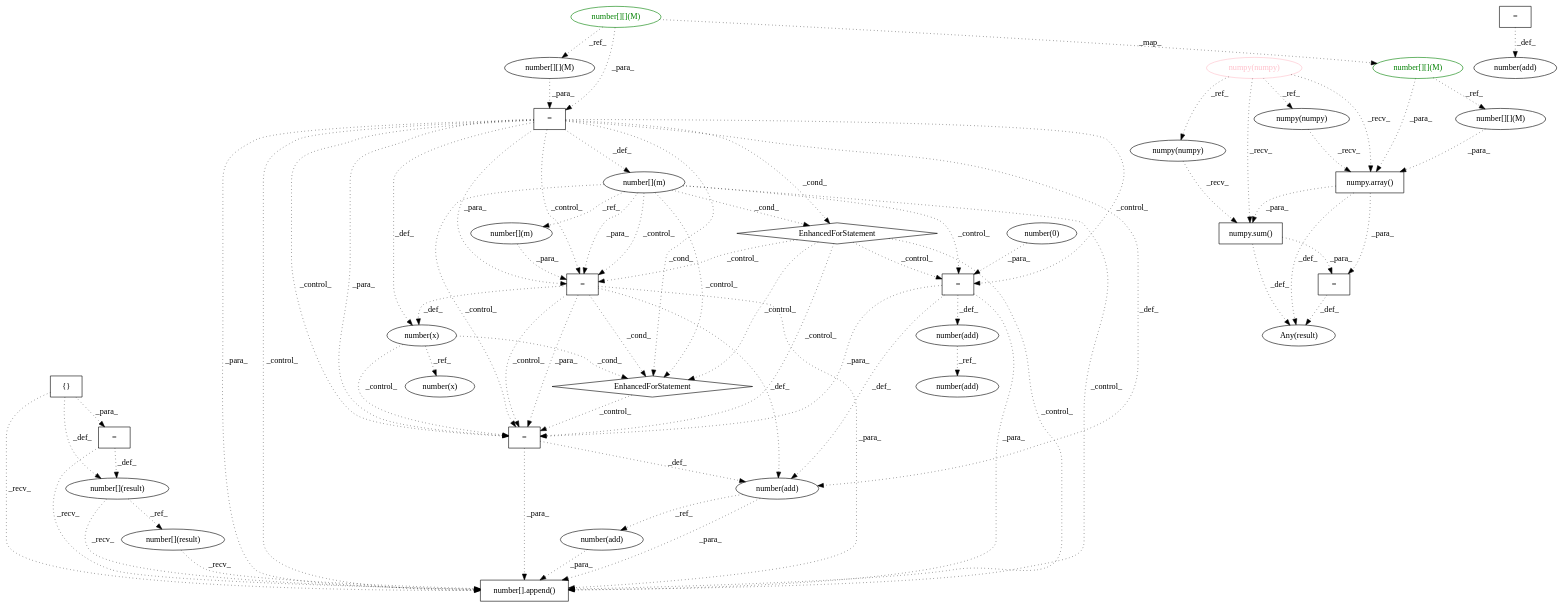
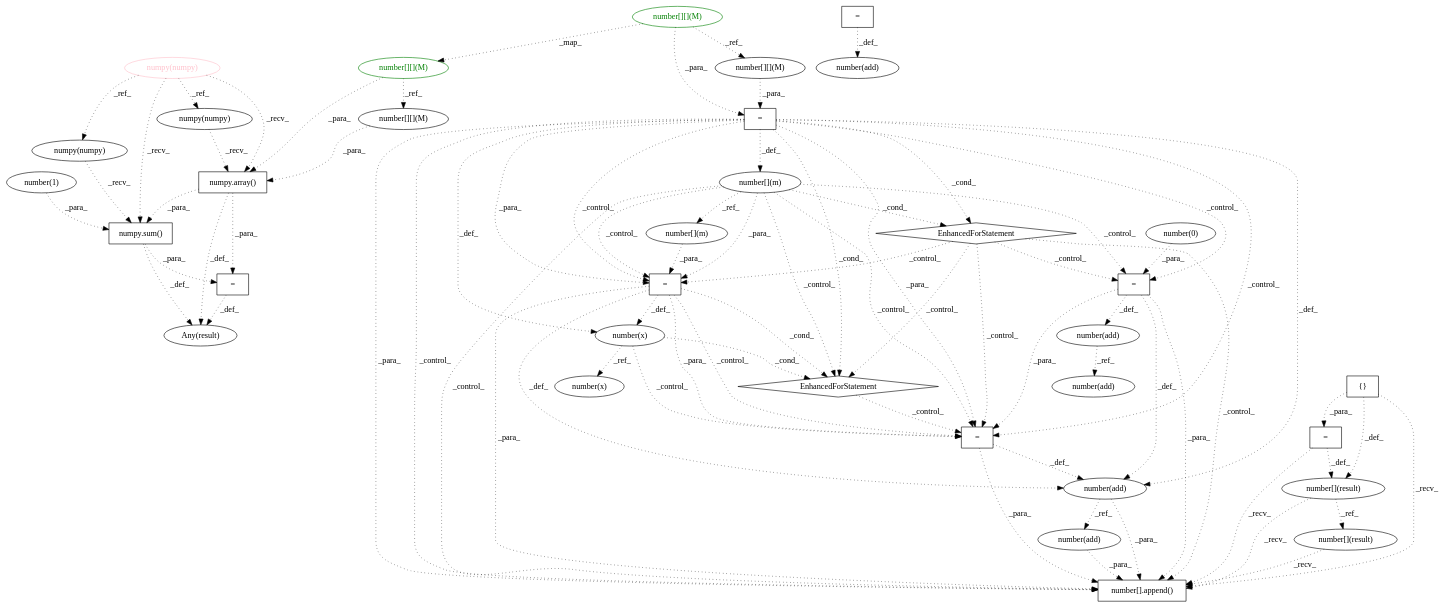
The diagram in AtomicASTChangeMining/OUTPUT/DEBUG/0b0b5cabd55953de19e86685dfa1dd2799bcc3fc___0.dot (maldil/R-CPATMiner), drawn with Graphviz before and after one commit. The commit also changed 55 other files, not shown here.

```diff
--- a/AtomicASTChangeMining/OUTPUT/DEBUG/0b0b5cabd55953de19e86685dfa1dd2799bcc3fc___0.dot
+++ b/AtomicASTChangeMining/OUTPUT/DEBUG/0b0b5cabd55953de19e86685dfa1dd2799bcc3fc___0.dot
@@ -1,110 +1,112 @@
 digraph G {
-1 [label="=" shape=box]
-2 [label="=" shape=box]
-3 [label="number[](m)" shape=ellipse]
-4 [label="numpy.sum()" shape=box]
-5 [label="=" shape=box]
-6 [label="number[].append()" shape=box]
-7 [label="number[][](M)" shape=ellipse color=green fontcolor=green]
-8 [label="numpy(numpy)" shape=ellipse]
-9 [label="number(add)" shape=ellipse]
-10 [label="number[](result)" shape=ellipse]
+1 [label="numpy(numpy)" shape=ellipse]
+2 [label="numpy.array()" shape=box]
+3 [label="numpy(numpy)" shape=ellipse]
+4 [label="number(add)" shape=ellipse]
+5 [label="EnhancedForStatement" shape=diamond]
+6 [label="number(0)" shape=ellipse]
+7 [label="number(1)" shape=ellipse]
+8 [label="number(add)" shape=ellipse]
+9 [label="=" shape=box]
+10 [label="EnhancedForStatement" shape=diamond]
 11 [label="number(add)" shape=ellipse]
-12 [label="numpy.array()" shape=box]
-13 [label="EnhancedForStatement" shape=diamond]
-14 [label="EnhancedForStatement" shape=diamond]
-15 [label="number(add)" shape=ellipse]
-16 [label="number(add)" shape=ellipse]
-17 [label="number(x)" shape=ellipse]
-18 [label="numpy(numpy)" shape=ellipse]
-19 [label="numpy(numpy)" shape=ellipse color=pink fontcolor=pink]
-20 [label="number[][](M)" shape=ellipse]
-21 [label="=" shape=box]
-22 [label="{}" shape=box]
-23 [label="number[][](M)" shape=ellipse color=green fontcolor=green]
-24 [label="=" shape=box]
-25 [label="number(0)" shape=ellipse]
-26 [label="=" shape=box]
-27 [label="number(add)" shape=ellipse]
-28 [label="number[][](M)" shape=ellipse]
-29 [label="number(x)" shape=ellipse]
-30 [label="number[](m)" shape=ellipse]
-31 [label="number[](result)" shape=ellipse]
-32 [label="Any(result)" shape=ellipse]
-33 [label="=" shape=box]
-14 -> 1 [label="_control_" style=dotted];
-3 -> 1 [label="_para_" style=dotted];
-30 -> 1 [label="_para_" style=dotted];
-21 -> 1 [label="_para_" style=dotted];
-30 -> 1 [label="_control_" style=dotted];
-21 -> 1 [label="_control_" style=dotted];
-22 -> 2 [label="_para_" style=dotted];
-30 -> 3 [label="_ref_" style=dotted];
-18 -> 4 [label="_recv_" style=dotted];
-19 -> 4 [label="_recv_" style=dotted];
-12 -> 4 [label="_para_" style=dotted];
-13 -> 5 [label="_control_" style=dotted];
-26 -> 5 [label="_para_" style=dotted];
-1 -> 5 [label="_para_" style=dotted];
-21 -> 5 [label="_para_" style=dotted];
-14 -> 5 [label="_control_" style=dotted];
-29 -> 5 [label="_control_" style=dotted];
-1 -> 5 [label="_control_" style=dotted];
-21 -> 5 [label="_control_" style=dotted];
-30 -> 5 [label="_control_" style=dotted];
-14 -> 6 [label="_control_" style=dotted];
-31 -> 6 [label="_recv_" style=dotted];
-11 -> 6 [label="_para_" style=dotted];
-10 -> 6 [label="_recv_" style=dotted];
-2 -> 6 [label="_recv_" style=dotted];
-22 -> 6 [label="_recv_" style=dotted];
-15 -> 6 [label="_para_" style=dotted];
-5 -> 6 [label="_para_" style=dotted];
-26 -> 6 [label="_para_" style=dotted];
-1 -> 6 [label="_para_" style=dotted];
-21 -> 6 [label="_para_" style=dotted];
-30 -> 6 [label="_control_" style=dotted];
-21 -> 6 [label="_control_" style=dotted];
-23 -> 7 [label="_map_" style=dotted];
-19 -> 8 [label="_ref_" style=dotted];
-33 -> 9 [label="_def_" style=dotted];
-2 -> 10 [label="_def_" style=dotted];
-22 -> 10 [label="_def_" style=dotted];
-15 -> 11 [label="_ref_" style=dotted];
-8 -> 12 [label="_recv_" style=dotted];
-28 -> 12 [label="_para_" style=dotted];
-19 -> 12 [label="_recv_" style=dotted];
-7 -> 12 [label="_para_" style=dotted];
-14 -> 13 [label="_control_" style=dotted];
-29 -> 13 [label="_cond_" style=dotted];
-1 -> 13 [label="_cond_" style=dotted];
-21 -> 13 [label="_cond_" style=dotted];
-30 -> 13 [label="_control_" style=dotted];
-30 -> 14 [label="_cond_" style=dotted];
-21 -> 14 [label="_cond_" style=dotted];
-5 -> 15 [label="_def_" style=dotted];
-26 -> 15 [label="_def_" style=dotted];
-1 -> 15 [label="_def_" style=dotted];
-21 -> 15 [label="_def_" style=dotted];
-27 -> 16 [label="_ref_" style=dotted];
-29 -> 17 [label="_ref_" style=dotted];
-19 -> 18 [label="_ref_" style=dotted];
-23 -> 20 [label="_ref_" style=dotted];
-20 -> 21 [label="_para_" style=dotted];
-23 -> 21 [label="_para_" style=dotted];
-4 -> 24 [label="_para_" style=dotted];
-12 -> 24 [label="_para_" style=dotted];
-14 -> 26 [label="_control_" style=dotted];
-25 -> 26 [label="_para_" style=dotted];
-30 -> 26 [label="_control_" style=dotted];
-21 -> 26 [label="_control_" style=dotted];
-26 -> 27 [label="_def_" style=dotted];
-7 -> 28 [label="_ref_" style=dotted];
-1 -> 29 [label="_def_" style=dotted];
-21 -> 29 [label="_def_" style=dotted];
-21 -> 30 [label="_def_" style=dotted];
-10 -> 31 [label="_ref_" style=dotted];
-24 -> 32 [label="_def_" style=dotted];
-4 -> 32 [label="_def_" style=dotted];
-12 -> 32 [label="_def_" style=dotted];
+12 [label="{}" shape=box]
+13 [label="number[][](M)" shape=ellipse color=green fontcolor=green]
+14 [label="number(x)" shape=ellipse]
+15 [label="=" shape=box]
+16 [label="Any(result)" shape=ellipse]
+17 [label="=" shape=box]
+18 [label="=" shape=box]
+19 [label="=" shape=box]
+20 [label="number[](result)" shape=ellipse]
+21 [label="number(add)" shape=ellipse]
+22 [label="number[](m)" shape=ellipse]
+23 [label="=" shape=box]
+24 [label="number[][](M)" shape=ellipse]
+25 [label="=" shape=box]
+26 [label="number[][](M)" shape=ellipse]
+27 [label="number[][](M)" shape=ellipse color=green fontcolor=green]
+28 [label="number[].append()" shape=box]
+29 [label="numpy.sum()" shape=box]
+30 [label="number(x)" shape=ellipse]
+31 [label="number[](m)" shape=ellipse]
+32 [label="numpy(numpy)" shape=ellipse color=pink fontcolor=pink]
+33 [label="number[](result)" shape=ellipse]
+34 [label="number(add)" shape=ellipse]
+32 -> 1 [label="_ref_" style=dotted];
+1 -> 2 [label="_recv_" style=dotted];
+26 -> 2 [label="_para_" style=dotted];
+32 -> 2 [label="_recv_" style=dotted];
+13 -> 2 [label="_para_" style=dotted];
+32 -> 3 [label="_ref_" style=dotted];
+21 -> 4 [label="_ref_" style=dotted];
+10 -> 5 [label="_control_" style=dotted];
+30 -> 5 [label="_cond_" style=dotted];
+19 -> 5 [label="_cond_" style=dotted];
+23 -> 5 [label="_cond_" style=dotted];
+31 -> 5 [label="_control_" style=dotted];
+15 -> 8 [label="_def_" style=dotted];
+10 -> 9 [label="_control_" style=dotted];
+6 -> 9 [label="_para_" style=dotted];
+31 -> 9 [label="_control_" style=dotted];
+23 -> 9 [label="_control_" style=dotted];
+31 -> 10 [label="_cond_" style=dotted];
+23 -> 10 [label="_cond_" style=dotted];
+25 -> 11 [label="_def_" style=dotted];
+19 -> 11 [label="_def_" style=dotted];
+23 -> 11 [label="_def_" style=dotted];
+9 -> 11 [label="_def_" style=dotted];
+27 -> 13 [label="_map_" style=dotted];
+30 -> 14 [label="_ref_" style=dotted];
+17 -> 16 [label="_def_" style=dotted];
+29 -> 16 [label="_def_" style=dotted];
+2 -> 16 [label="_def_" style=dotted];
+29 -> 17 [label="_para_" style=dotted];
+2 -> 17 [label="_para_" style=dotted];
+12 -> 18 [label="_para_" style=dotted];
+10 -> 19 [label="_control_" style=dotted];
+22 -> 19 [label="_para_" style=dotted];
+31 -> 19 [label="_para_" style=dotted];
+23 -> 19 [label="_para_" style=dotted];
+31 -> 19 [label="_control_" style=dotted];
+23 -> 19 [label="_control_" style=dotted];
+33 -> 20 [label="_ref_" style=dotted];
+9 -> 21 [label="_def_" style=dotted];
+31 -> 22 [label="_ref_" style=dotted];
+24 -> 23 [label="_para_" style=dotted];
+27 -> 23 [label="_para_" style=dotted];
+27 -> 24 [label="_ref_" style=dotted];
+5 -> 25 [label="_control_" style=dotted];
+19 -> 25 [label="_para_" style=dotted];
+23 -> 25 [label="_para_" style=dotted];
+9 -> 25 [label="_para_" style=dotted];
+10 -> 25 [label="_control_" style=dotted];
+30 -> 25 [label="_control_" style=dotted];
+19 -> 25 [label="_control_" style=dotted];
+23 -> 25 [label="_control_" style=dotted];
+31 -> 25 [label="_control_" style=dotted];
+13 -> 26 [label="_ref_" style=dotted];
+10 -> 28 [label="_control_" style=dotted];
+20 -> 28 [label="_recv_" style=dotted];
+34 -> 28 [label="_para_" style=dotted];
+11 -> 28 [label="_para_" style=dotted];
+25 -> 28 [label="_para_" style=dotted];
+19 -> 28 [label="_para_" style=dotted];
+23 -> 28 [label="_para_" style=dotted];
+9 -> 28 [label="_para_" style=dotted];
+33 -> 28 [label="_recv_" style=dotted];
+18 -> 28 [label="_recv_" style=dotted];
+12 -> 28 [label="_recv_" style=dotted];
+31 -> 28 [label="_control_" style=dotted];
+23 -> 28 [label="_control_" style=dotted];
+3 -> 29 [label="_recv_" style=dotted];
+7 -> 29 [label="_para_" style=dotted];
+32 -> 29 [label="_recv_" style=dotted];
+2 -> 29 [label="_para_" style=dotted];
+19 -> 30 [label="_def_" style=dotted];
+23 -> 30 [label="_def_" style=dotted];
+23 -> 31 [label="_def_" style=dotted];
+18 -> 33 [label="_def_" style=dotted];
+12 -> 33 [label="_def_" style=dotted];
+11 -> 34 [label="_ref_" style=dotted];
 }
```
